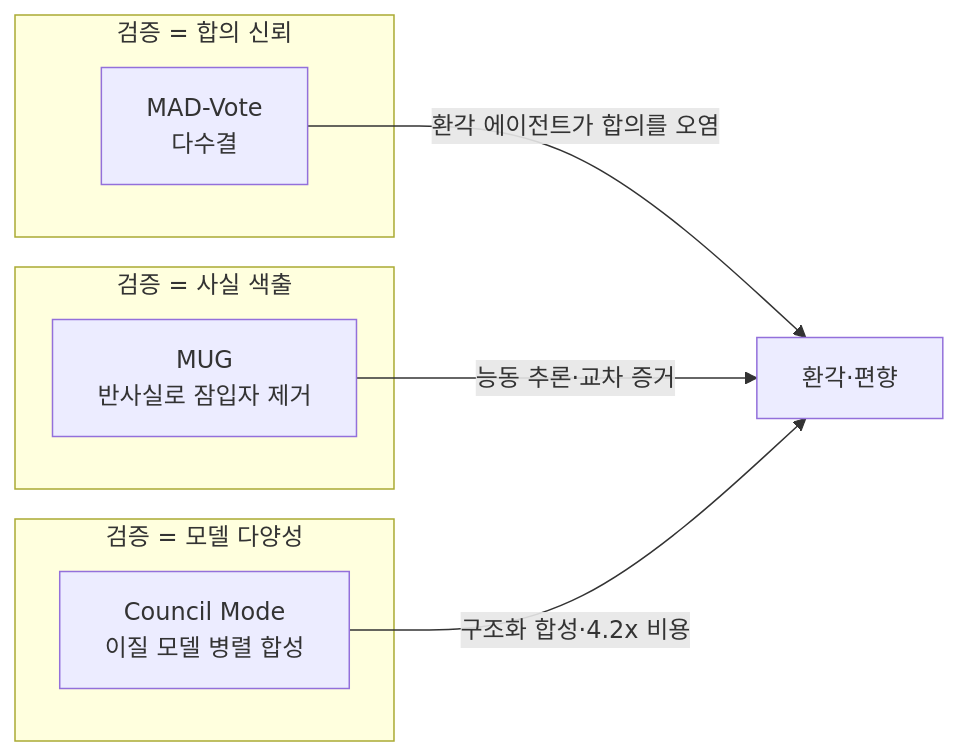
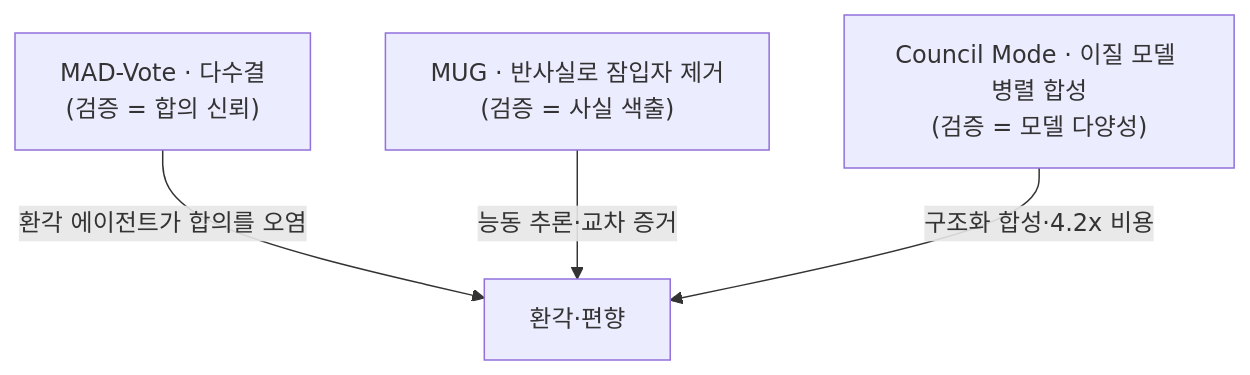
Before and after one commit to pheeree/pheeree.github.io: the second of 2 diagrams in _posts/2026-06-15-mug-multiagent-undercover-gaming-hallucination.md, drawn with Mermaid. The commit also changed 10 other files, not shown here.

First line of the commit message:
fix: mermaid subgraph 규약 전면 소급 적용 (10편)

````diff
--- a/_posts/2026-06-15-mug-multiagent-undercover-gaming-hallucination.md
+++ b/_posts/2026-06-15-mug-multiagent-undercover-gaming-hallucination.md
@@ -71,15 +71,6 @@
 ```mermaid
-flowchart LR
-    subgraph S1["검증 = 합의 신뢰"]
-        V1["MAD-Vote<br/>다수결"]
-    end
-    subgraph S2["검증 = 사실 색출"]
-        V2["MUG<br/>반사실로 잠입자 제거"]
-    end
-    subgraph S3["검증 = 모델 다양성"]
-        V3["Council Mode<br/>이질 모델 병렬 합성"]
-    end
-    V1 -- "환각 에이전트가 합의를 오염" --> P["환각·편향"]
-    V2 -- "능동 추론·교차 증거" --> P
-    V3 -- "구조화 합성·4.2x 비용" --> P
+flowchart TB
+    V1["MAD-Vote · 다수결<br/>(검증 = 합의 신뢰)"] -- "환각 에이전트가 합의를 오염" --> P["환각·편향"]
+    V2["MUG · 반사실로 잠입자 제거<br/>(검증 = 사실 색출)"] -- "능동 추론·교차 증거" --> P
+    V3["Council Mode · 이질 모델 병렬 합성<br/>(검증 = 모델 다양성)"] -- "구조화 합성·4.2x 비용" --> P
 ```
````
